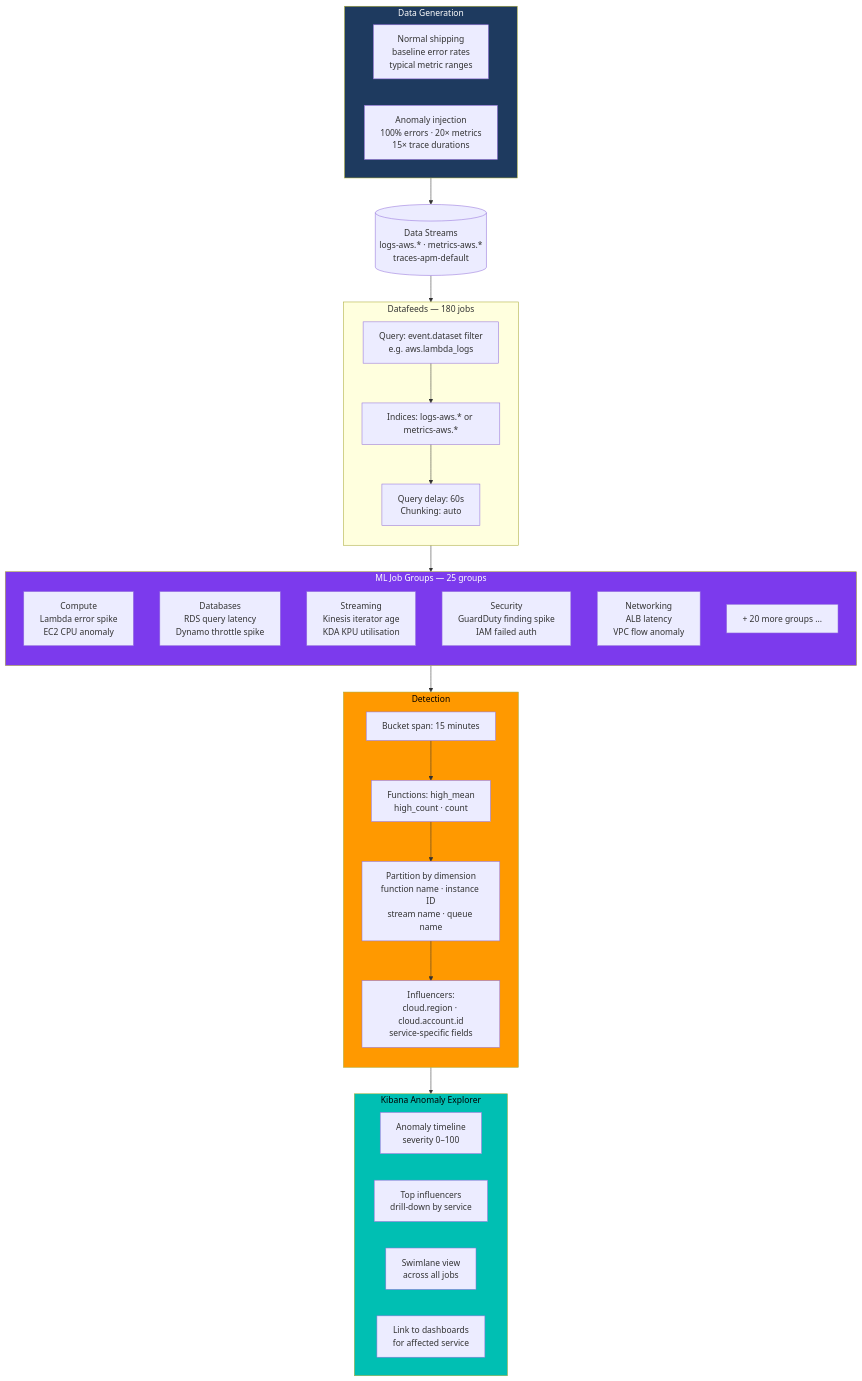
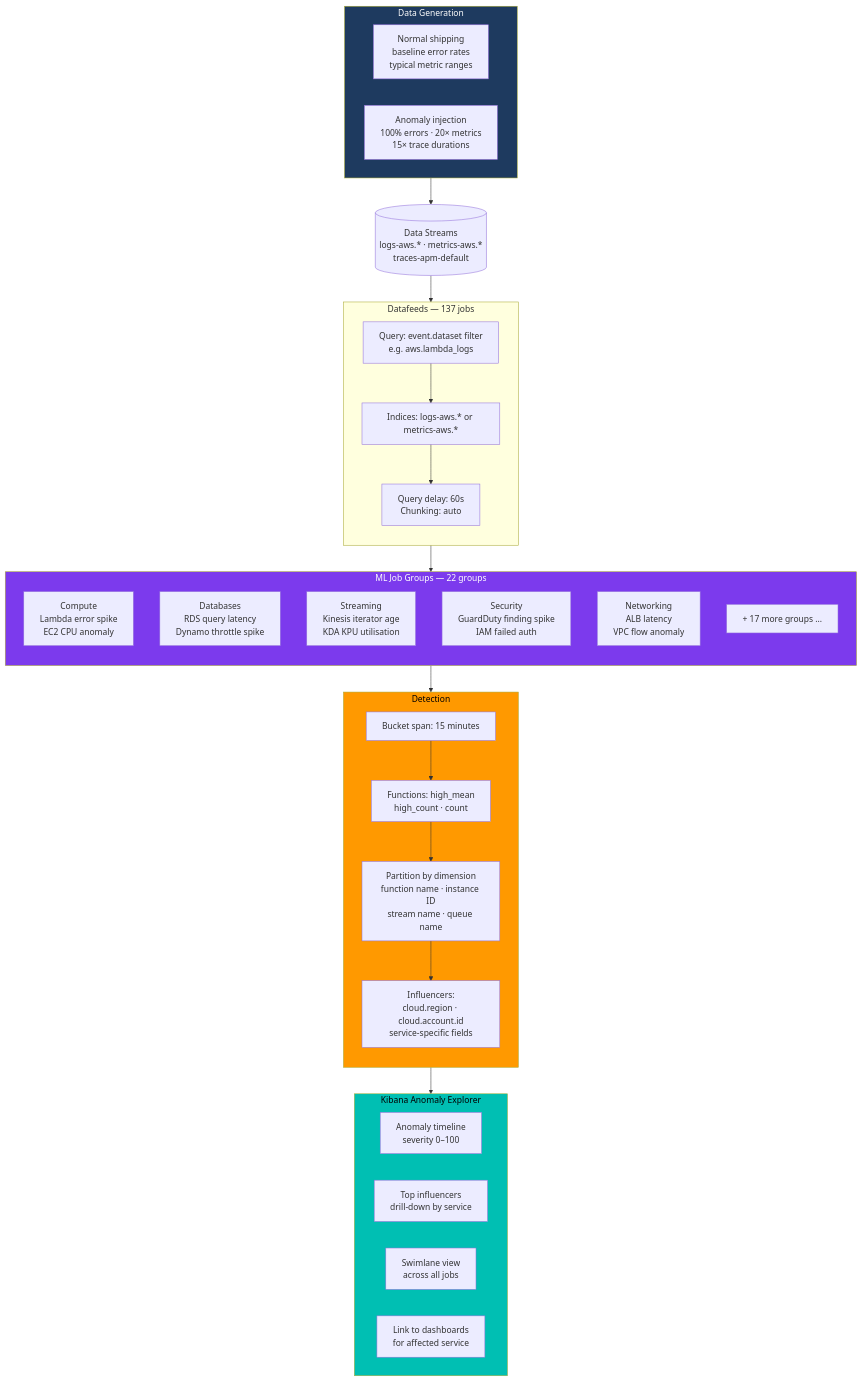
Before and after one commit to rkernutt/cloud-to-elastic-load-generator: diagram 12 of 14 in docs/diagrams.md, drawn with Mermaid. The commit also changed other lines of this file and 13 other files, not shown here.

````diff
--- a/docs/diagrams.md
+++ b/docs/diagrams.md
@@ -703,58 +705,58 @@
 ```mermaid
 flowchart TD
     subgraph GEN["Data Generation"]
         direction LR
         NORMAL["Normal shipping\nbaseline error rates\ntypical metric ranges"]
         SPIKE["Anomaly injection\n100% errors · 20× metrics\n15× trace durations"]
     end
 
     GEN --> DS[("Data Streams\nlogs-aws.* · metrics-aws.*\ntraces-apm-default")]
 
     DS --> FEED
 
-    subgraph FEED["Datafeeds — 180 jobs"]
+    subgraph FEED["Datafeeds — 137 jobs"]
         direction TB
         F1["Query: event.dataset filter\ne.g. aws.lambda_logs"]
         F2["Indices: logs-aws.* or metrics-aws.*"]
         F3["Query delay: 60s\nChunking: auto"]
         F1 --> F2 --> F3
     end
 
     FEED --> JOBS
 
-    subgraph JOBS["ML Job Groups — 25 groups"]
+    subgraph JOBS["ML Job Groups — 22 groups"]
         direction TB
         J1["Compute\nLambda error spike\nEC2 CPU anomaly"]
         J2["Databases\nRDS query latency\nDynamo throttle spike"]
         J3["Streaming\nKinesis iterator age\nKDA KPU utilisation"]
         J4["Security\nGuardDuty finding spike\nIAM failed auth"]
         J5["Networking\nALB latency\nVPC flow anomaly"]
-        J6["+ 20 more groups ..."]
+        J6["+ 17 more groups ..."]
     end
 
     JOBS --> DETECT
 
     subgraph DETECT["Detection"]
         direction TB
         DET1["Bucket span: 15 minutes"]
         DET2["Functions: high_mean\nhigh_count · count"]
         DET3["Partition by dimension\nfunction name · instance ID\nstream name · queue name"]
         DET4["Influencers:\ncloud.region · cloud.account.id\nservice-specific fields"]
         DET1 --> DET2 --> DET3 --> DET4
     end
 
     DETECT --> RESULTS
 
     subgraph RESULTS["Kibana Anomaly Explorer"]
         direction LR
         R1["Anomaly timeline\nseverity 0–100"]
         R2["Top influencers\ndrill-down by service"]
         R3["Swimlane view\nacross all jobs"]
         R4["Link to dashboards\nfor affected service"]
     end
 
     style GEN fill:#1e3a5f,color:#fff
     style JOBS fill:#7C3AED,color:#fff
     style DETECT fill:#FF9900,color:#000
     style RESULTS fill:#00BFB3,color:#000
 ```
````
